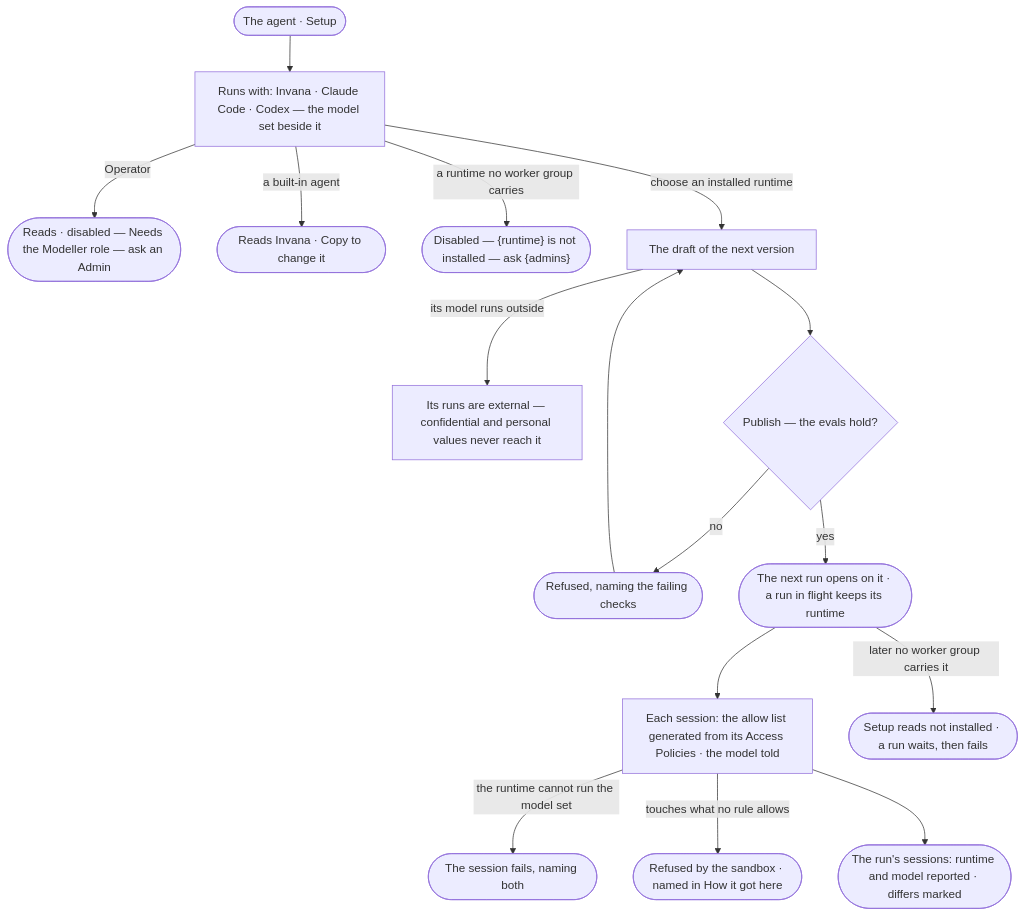
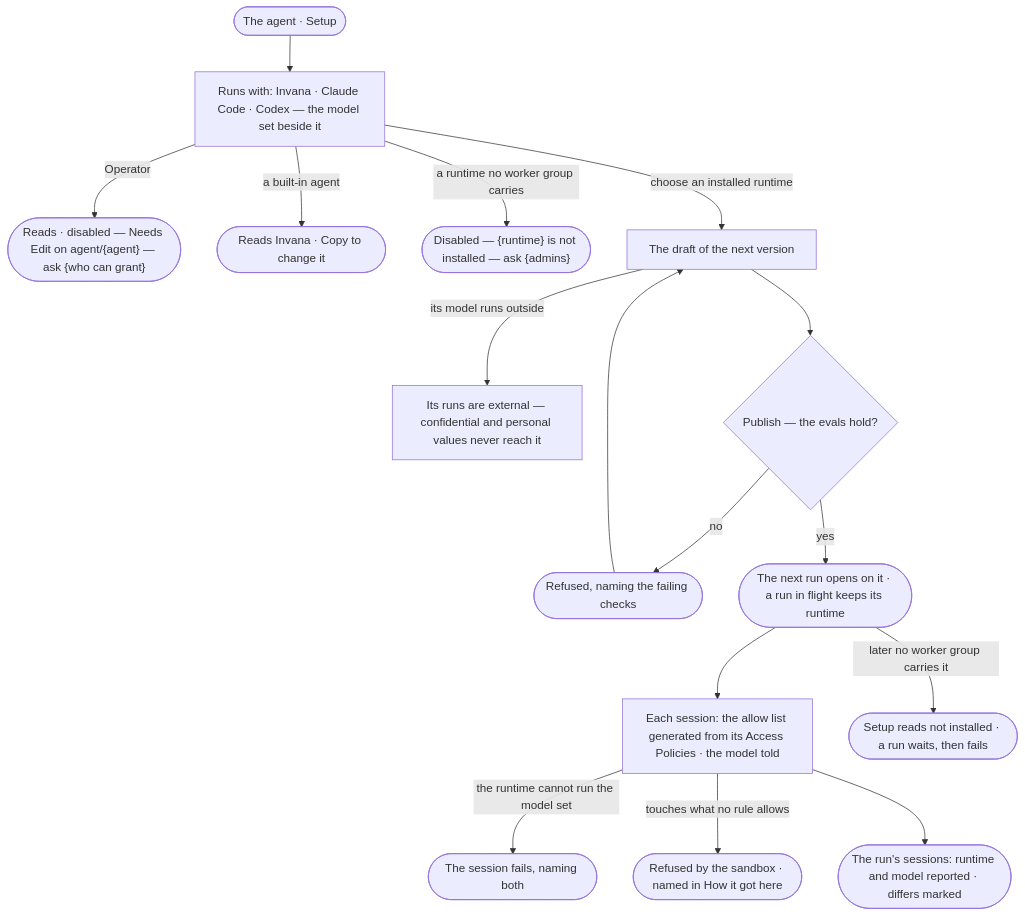
Before and after one commit to invana/invana: the diagram in specs/capabilities/agents/features/AG-F01-build-an-agent/stories/AG-61-choose-what-an-agent-runs-with/story.md, drawn with Mermaid. The commit also changed other lines of this file and 228 other files, not shown here.

````diff
--- a/specs/capabilities/agents/features/AG-F01-build-an-agent/stories/AG-61-choose-what-an-agent-runs-with/story.md
+++ b/specs/capabilities/agents/features/AG-F01-build-an-agent/stories/AG-61-choose-what-an-agent-runs-with/story.md
@@ -31,17 +30,17 @@
 ```mermaid
 flowchart TD
   a([The agent · Setup]) --> rw["Runs with: Invana · Claude Code · Codex — the model set beside it"]
-  rw -->|Operator| ro(["Reads · disabled — Needs the Modeller role — ask an Admin"])
+  rw -->|Operator| ro(["Reads · disabled — Needs Edit on agent/{agent} — ask {who can grant}"])
   rw -->|a built-in agent| bi(["Reads Invana · Copy to change it"])
   rw -->|a runtime no worker group carries| nx(["Disabled — {runtime} is not installed — ask {admins}"])
   rw -->|choose an installed runtime| d["The draft of the next version"]
   d -->|its model runs outside| ext["Its runs are external — confidential and personal values never reach it"]
   d --> pub{"Publish — the evals hold?"}
   pub -->|no| px(["Refused, naming the failing checks"]) --> d
   pub -->|yes| live(["The next run opens on it · a run in flight keeps its runtime"])
   live --> ses["Each session: the allow list generated from its Access Policies · the model told"]
   ses -->|the runtime cannot run the model set| sf(["The session fails, naming both"])
   ses -->|touches what no rule allows| sb(["Refused by the sandbox · named in How it got here"])
   ses --> rep(["The run's sessions: runtime and model reported · differs marked"])
   live -->|later no worker group carries it| nl(["Setup reads not installed · a run waits, then fails"])
 ```
````
